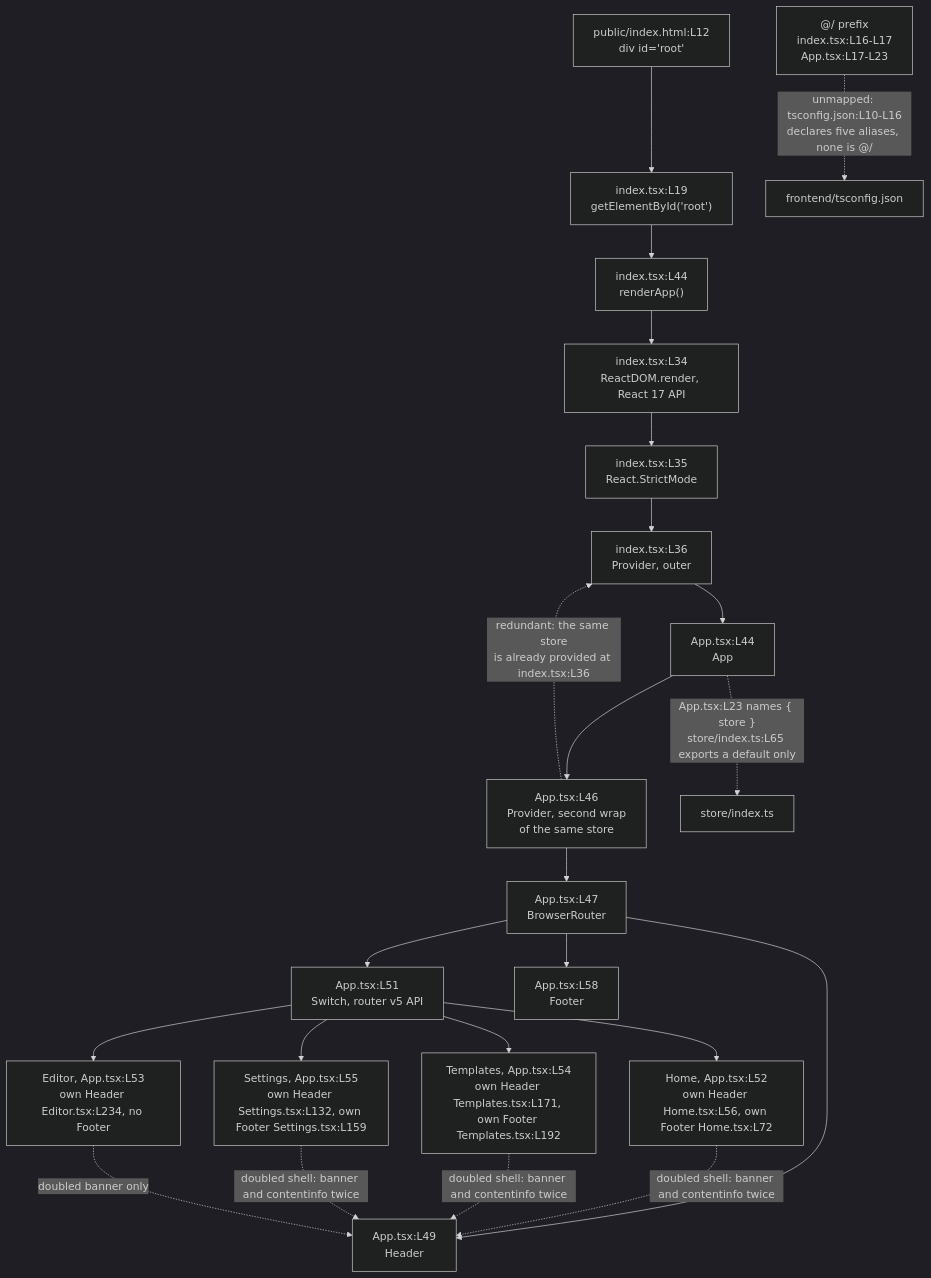
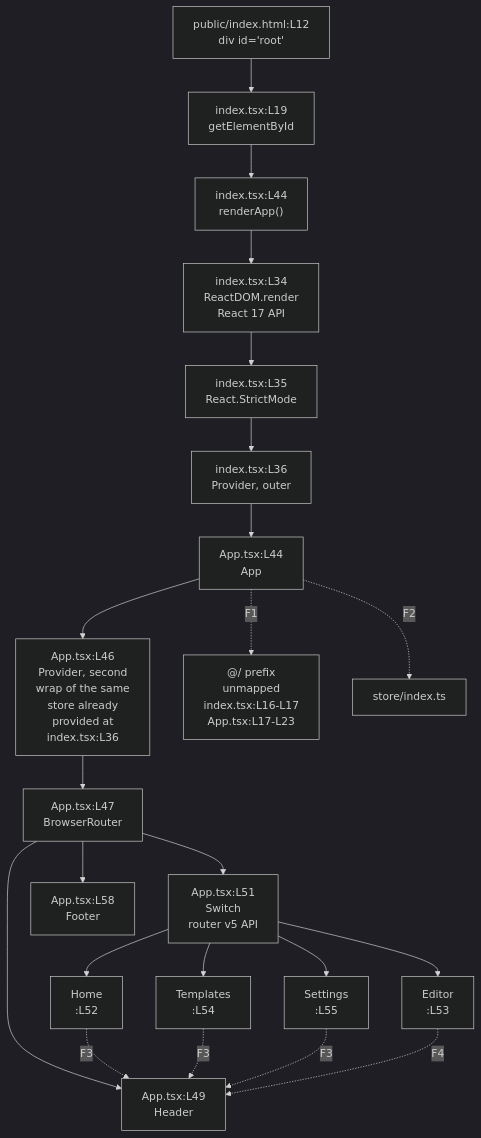
One commit to blitzy-public-samples/microsoft-word-u33ko0 changed the diagram in frontend/src/README.md. Above: the diagram before and after it, drawn with Mermaid (dark theme). The commit also changed other lines of this file and 20 other files, not shown here.

First line of the commit message:
﻿docs: resolve QA findings on Mermaid legibility, label integrity and accessibility

````diff
--- a/frontend/src/README.md
+++ b/frontend/src/README.md
@@ -109,27 +109,28 @@
 ```mermaid
 graph TD
-    HTML["public/index.html:L12<br/>div id='root'"] --> ROOT["index.tsx:L19<br/>getElementById('root')"]
+    accTitle: Bootstrap to providers to router to the four routed pages
+    accDescr: A solid edge runs today once the alias resolves. A dashed edge marks a defect, and every dashed edge carries a key resolved in the table below the diagram. The store is provided twice and each page renders its own shell.
+    HTML["public/index.html:L12<br/>div id='root'"] --> ROOT["index.tsx:L19<br/>getElementById"]
     ROOT --> CALL["index.tsx:L44<br/>renderApp()"]
-    CALL --> RENDER["index.tsx:L34<br/>ReactDOM.render, React 17 API"]
+    CALL --> RENDER["index.tsx:L34<br/>ReactDOM.render<br/>React 17 API"]
     RENDER --> STRICT["index.tsx:L35<br/>React.StrictMode"]
     STRICT --> P1["index.tsx:L36<br/>Provider, outer"]
     P1 --> APP["App.tsx:L44<br/>App"]
-    APP --> P2["App.tsx:L46<br/>Provider, second wrap<br/>of the same store"]
+    APP --> P2["App.tsx:L46<br/>Provider, second<br/>wrap of the same<br/>store already<br/>provided at<br/>index.tsx:L36"]
     P2 --> BR["App.tsx:L47<br/>BrowserRouter"]
     BR --> HDR["App.tsx:L49<br/>Header"]
-    BR --> SW["App.tsx:L51<br/>Switch, router v5 API"]
+    BR --> SW["App.tsx:L51<br/>Switch<br/>router v5 API"]
     BR --> FTR["App.tsx:L58<br/>Footer"]
-    SW --> HOME["Home, App.tsx:L52<br/>own Header Home.tsx:L56, own Footer Home.tsx:L72"]
-    SW --> EDIT["Editor, App.tsx:L53<br/>own Header Editor.tsx:L234, no Footer"]
-    SW --> TPL["Templates, App.tsx:L54<br/>own Header Templates.tsx:L171, own Footer Templates.tsx:L192"]
-    SW --> SET["Settings, App.tsx:L55<br/>own Header Settings.tsx:L132, own Footer Settings.tsx:L159"]
+    SW --> HOME["Home<br/>:L52"]
+    SW --> EDIT["Editor<br/>:L53"]
+    SW --> TPL["Templates<br/>:L54"]
+    SW --> SET["Settings<br/>:L55"]
 
-    ALIAS["@/ prefix<br/>index.tsx:L16-L17<br/>App.tsx:L17-L23"]
-    ALIAS -.->|"unmapped: tsconfig.json:L10-L16<br/>declares five aliases, none is @/"| TSC["frontend/tsconfig.json"]
-    APP -.->|"App.tsx:L23 names { store }<br/>store/index.ts:L65 exports a default only"| STORE["store/index.ts"]
-    P2 -.->|"redundant: the same store<br/>is already provided at index.tsx:L36"| P1
-    HOME & TPL & SET -.->|"doubled shell: banner and contentinfo twice"| HDR
-    EDIT -.->|"doubled banner only"| HDR
+    APP -.->|"F1"| ALIAS["@/ prefix<br/>unmapped<br/>index.tsx:L16-L17<br/>App.tsx:L17-L23"]
+    APP -.->|"F2"| STORE["store/index.ts"]
+    HOME & TPL & SET -.->|"F3"| HDR
+    EDIT -.->|"F4"| HDR
 
-%% A solid edge runs today once the alias resolves. A dashed edge marks a defect, and its label names it.
+%% A solid edge runs today once the alias resolves. A dashed edge marks a defect,
+%% and the table below the diagram names it.
 ```
````
